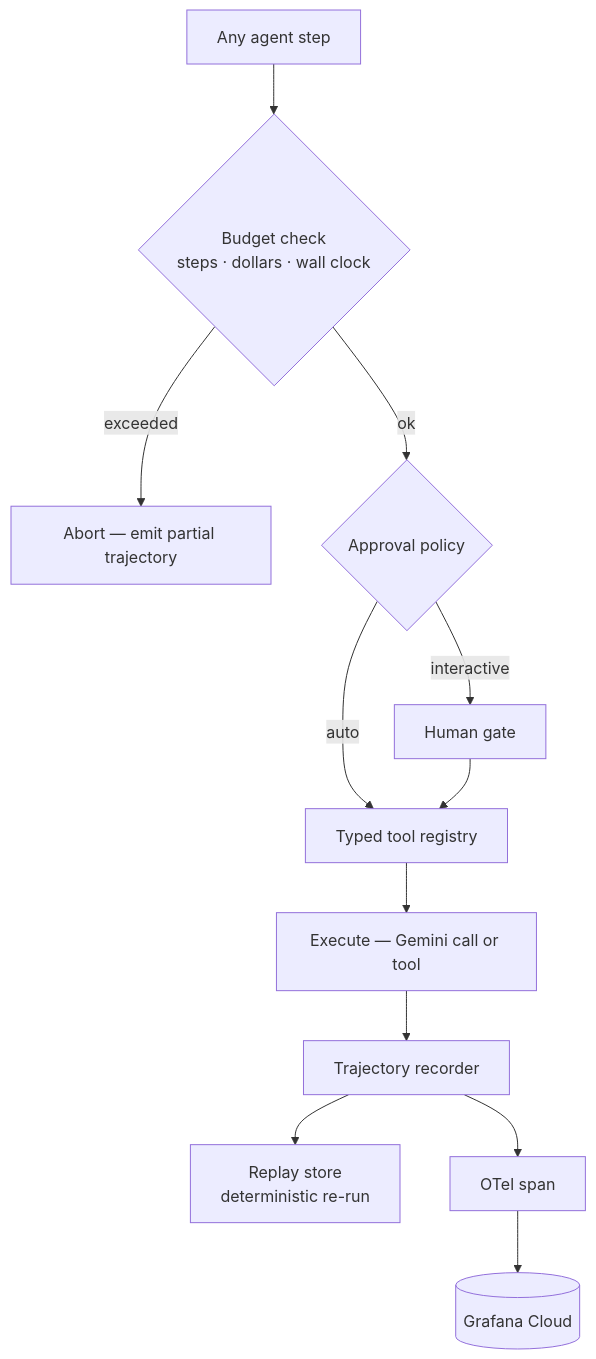
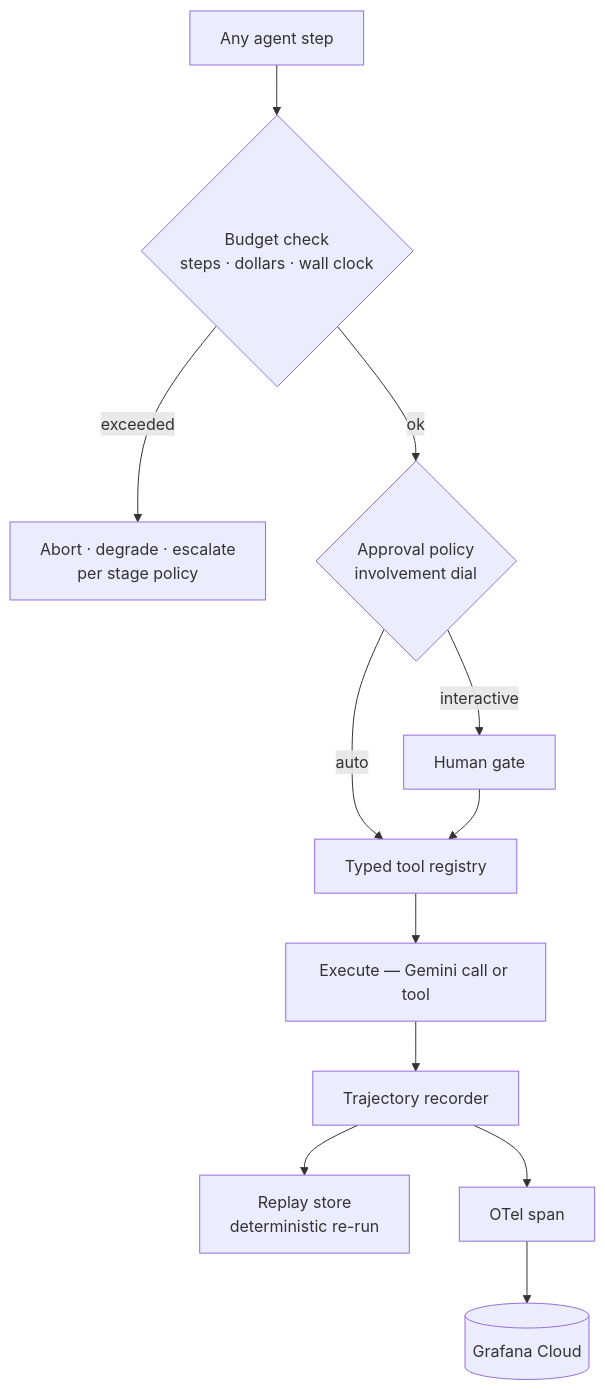
Before and after one commit to ypatodkar/real-agent: the third of 4 diagrams in ARCHITECTURE.md, drawn with Mermaid. The commit also changed other lines of this file, not shown here.

First line of the commit message:
Consolidate all design docs into one ARCHITECTURE.md

````diff
--- a/ARCHITECTURE.md
+++ b/ARCHITECTURE.md
@@ -287,14 +653,14 @@
 ```mermaid
 flowchart TD
     ST["Any agent step"] --> BU{"Budget check<br/>steps · dollars · wall clock"}
-    BU -- "exceeded" --> AB["Abort — emit partial trajectory"]
-    BU -- "ok" --> PO{"Approval policy"}
+    BU -- "exceeded" --> AB["Abort · degrade · escalate<br/>per stage policy"]
+    BU -- "ok" --> PO{"Approval policy<br/>involvement dial"}
     PO -- "interactive" --> HG["Human gate"]
     PO -- "auto" --> TR["Typed tool registry"]
     HG --> TR
     TR --> EX["Execute — Gemini call or tool"]
     EX --> RC["Trajectory recorder"]
     RC --> RP["Replay store<br/>deterministic re-run"]
     RC --> OT["OTel span"]
     OT --> GC[("Grafana Cloud")]
 ```
````
